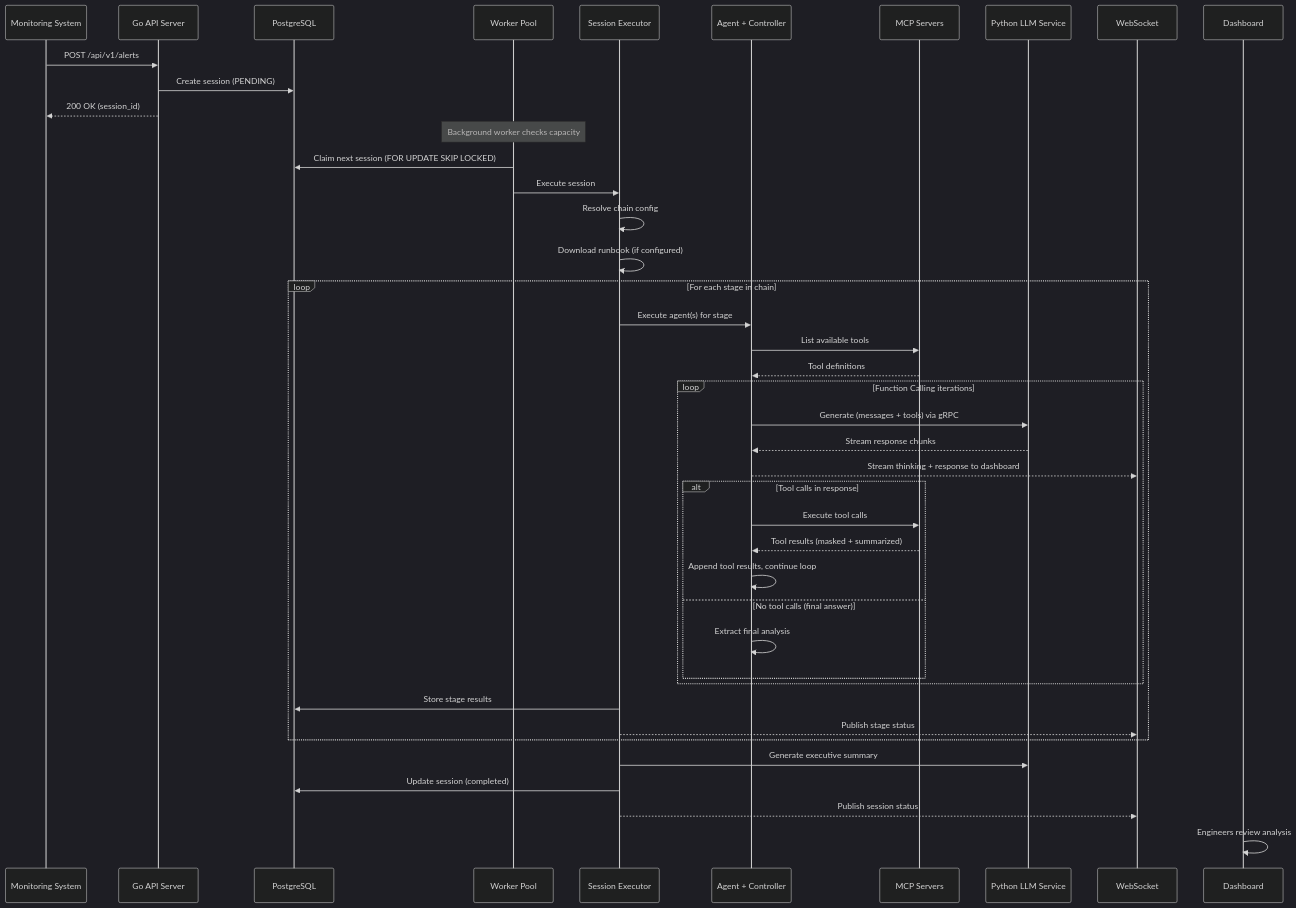
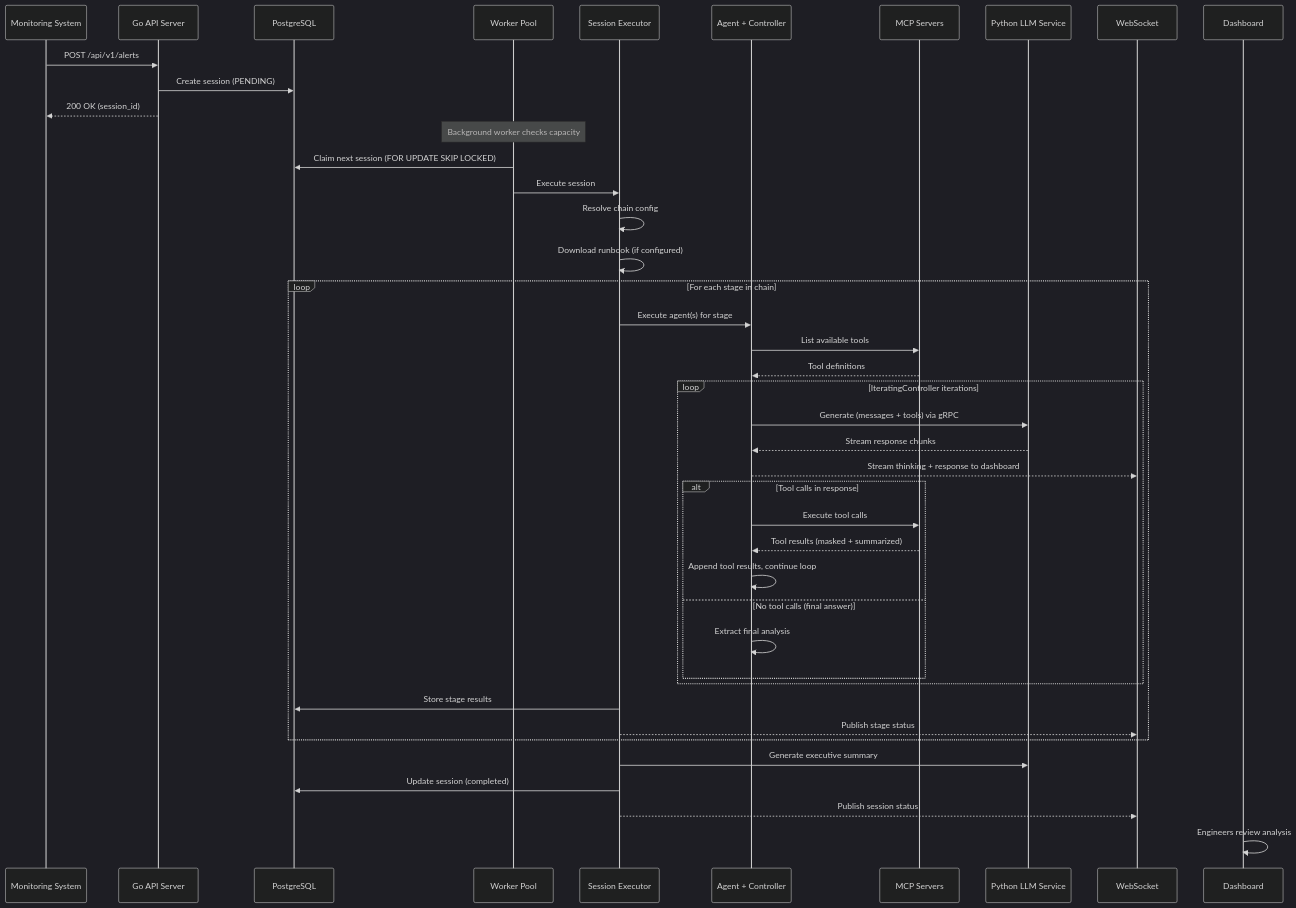
The third of 6 diagrams in docs/architecture-overview.md (codeready-toolchain/tarsy), drawn with Mermaid (dark theme) before and after one commit. The commit also changed other lines of this file and 10 other files, not shown here.

````diff
--- a/docs/architecture-overview.md
+++ b/docs/architecture-overview.md
@@ -180,51 +180,51 @@
 ```mermaid
 sequenceDiagram
     participant M as Monitoring System
     participant API as Go API Server
     participant DB as PostgreSQL
     participant W as Worker Pool
     participant E as Session Executor
     participant A as Agent + Controller
     participant MCP as MCP Servers
     participant LLM as Python LLM Service
     participant WS as WebSocket
     participant D as Dashboard
 
     M->>API: POST /api/v1/alerts
     API->>DB: Create session (PENDING)
     API-->>M: 200 OK (session_id)
 
     Note over W: Background worker checks capacity
     W->>DB: Claim next session (FOR UPDATE SKIP LOCKED)
     W->>E: Execute session
     E->>E: Resolve chain config
     E->>E: Download runbook (if configured)
 
     loop For each stage in chain
         E->>A: Execute agent(s) for stage
         A->>MCP: List available tools
         MCP-->>A: Tool definitions
 
-        loop Function Calling iterations
+        loop IteratingController iterations
             A->>LLM: Generate (messages + tools) via gRPC
             LLM-->>A: Stream response chunks
             A-->>WS: Stream thinking + response to dashboard
 
             alt Tool calls in response
                 A->>MCP: Execute tool calls
                 MCP-->>A: Tool results (masked + summarized)
                 A->>A: Append tool results, continue loop
             else No tool calls (final answer)
                 A->>A: Extract final analysis
             end
         end
 
         E->>DB: Store stage results
         E-->>WS: Publish stage status
     end
 
     E->>LLM: Generate executive summary
     E->>DB: Update session (completed)
     E-->>WS: Publish session status
     D->>D: Engineers review analysis
 ```
````
